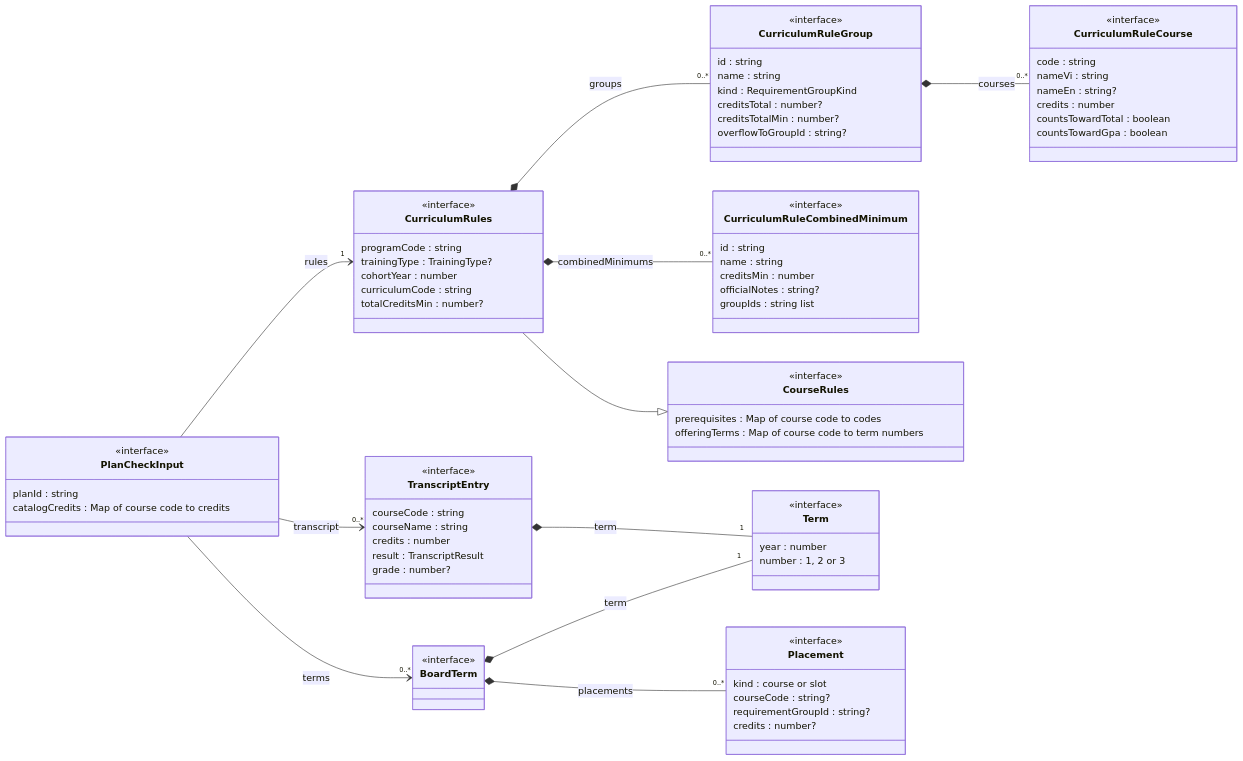
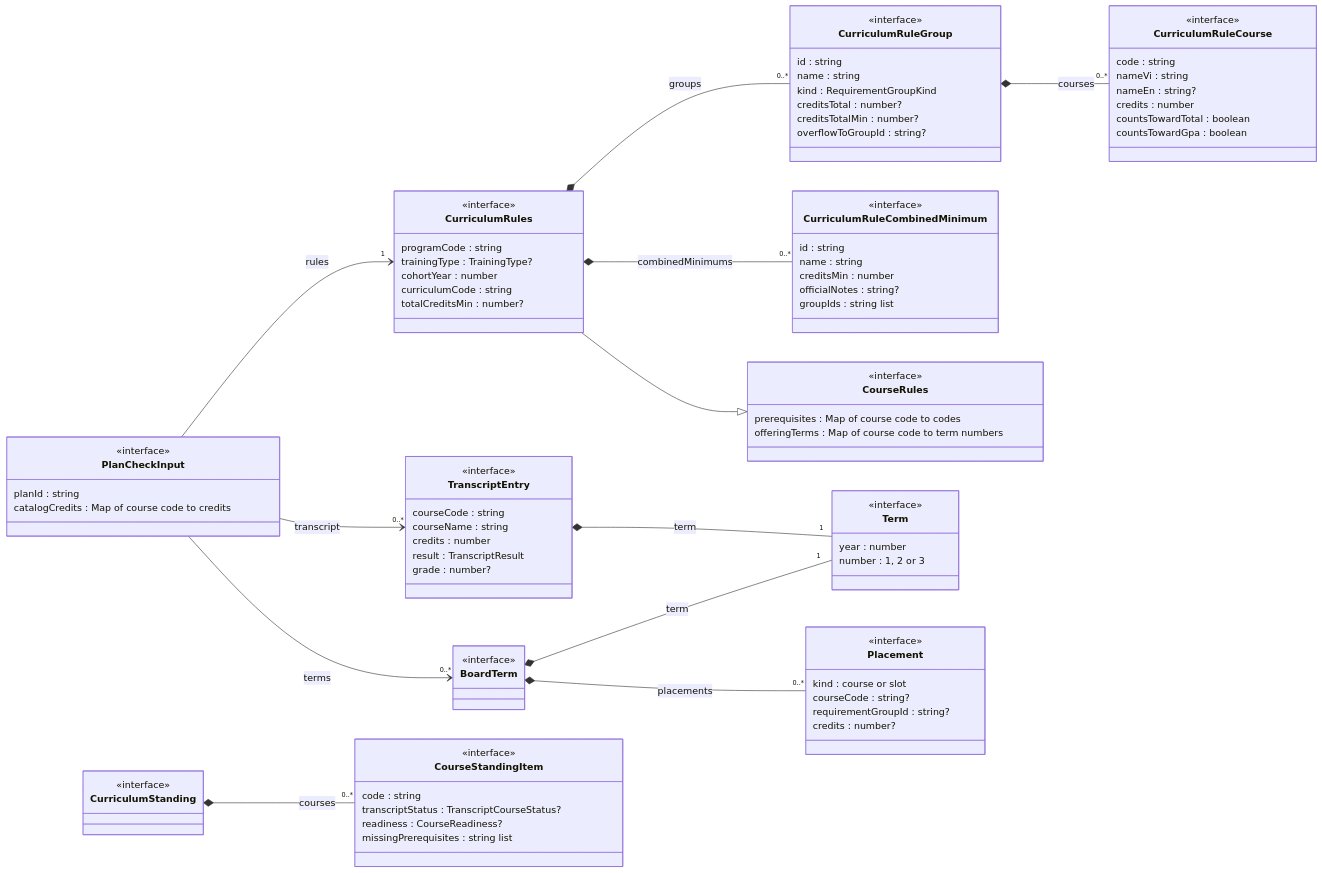
One commit to LLaammTTeerr/omnicourses changed the eighth of 18 diagrams in docs/analysis-and-design/class-model.md. Above: the diagram before and after it, drawn with Mermaid. The commit also changed 7 other files, not shown here.

```diff
--- a/docs/analysis-and-design/class-model.md
+++ b/docs/analysis-and-design/class-model.md
@@ -519,6 +519,16 @@
         requirementGroupId : string?
         credits : number?
     }
+    class CurriculumStanding {
+        <<interface>>
+    }
+    class CourseStandingItem {
+        <<interface>>
+        code : string
+        transcriptStatus : TranscriptCourseStatus?
+        readiness : CourseReadiness?
+        missingPrerequisites : string list
+    }
     class PlanCheckInput {
         <<interface>>
         planId : string
@@ -531,6 +541,7 @@
     BoardTerm *-- "1" Term : term
     BoardTerm *-- "0..*" Placement : placements
     CurriculumRules --|> CourseRules
+    CurriculumStanding *-- "0..*" CourseStandingItem : courses
     PlanCheckInput --> "1" CurriculumRules : rules
     PlanCheckInput --> "0..*" TranscriptEntry : transcript
     PlanCheckInput --> "0..*" BoardTerm : terms
```
